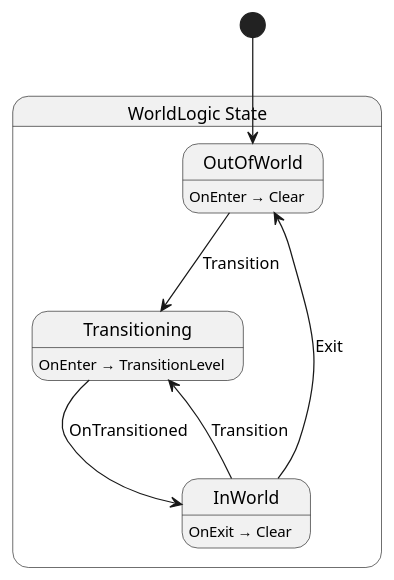
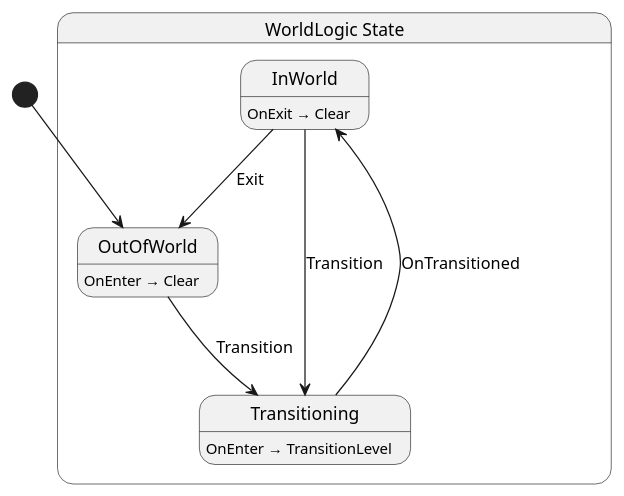
Before and after one commit to nilsiker/yolk: the diagram in Yolk.Logic/World/WorldLogic.g.puml, drawn with PlantUML. The commit also changed other lines of this file and 1697 other files, not shown here.

```diff
--- a/Yolk.Logic/World/WorldLogic.g.puml
+++ b/Yolk.Logic/World/WorldLogic.g.puml
@@ -1,18 +1,18 @@
 @startuml WorldLogic
 state "WorldLogic State" as Yolk_Level_WorldLogic_State {
+  state "InWorld" as Yolk_Level_WorldLogic_State_InWorld
   state "OutOfWorld" as Yolk_Level_WorldLogic_State_OutOfWorld
-  state "InWorld" as Yolk_Level_WorldLogic_State_InWorld
   state "Transitioning" as Yolk_Level_WorldLogic_State_Transitioning
 }
 
 Yolk_Level_WorldLogic_State_InWorld --> Yolk_Level_WorldLogic_State_OutOfWorld : Exit
 Yolk_Level_WorldLogic_State_InWorld --> Yolk_Level_WorldLogic_State_Transitioning : Transition
 Yolk_Level_WorldLogic_State_OutOfWorld --> Yolk_Level_WorldLogic_State_Transitioning : Transition
 Yolk_Level_WorldLogic_State_Transitioning --> Yolk_Level_WorldLogic_State_InWorld : OnTransitioned
 
 Yolk_Level_WorldLogic_State_InWorld : OnExit → Clear
 Yolk_Level_WorldLogic_State_OutOfWorld : OnEnter → Clear
 Yolk_Level_WorldLogic_State_Transitioning : OnEnter → TransitionLevel
 
 [*] --> Yolk_Level_WorldLogic_State_OutOfWorld
 @enduml
```
